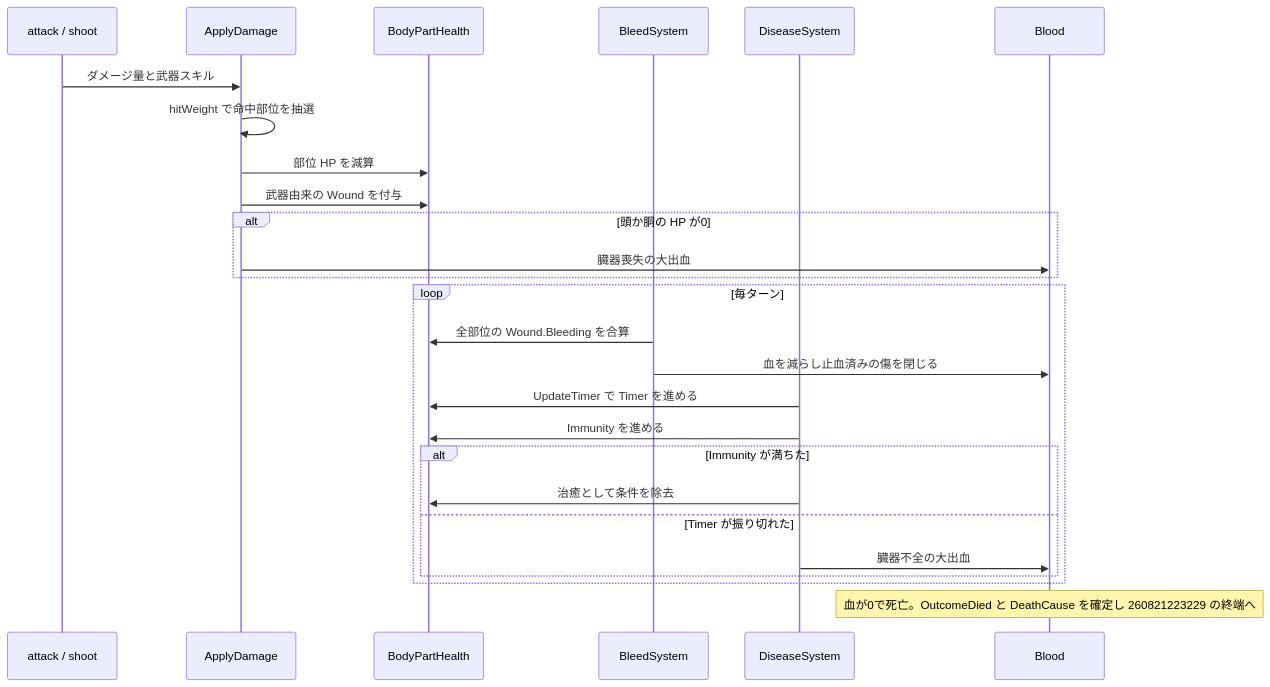
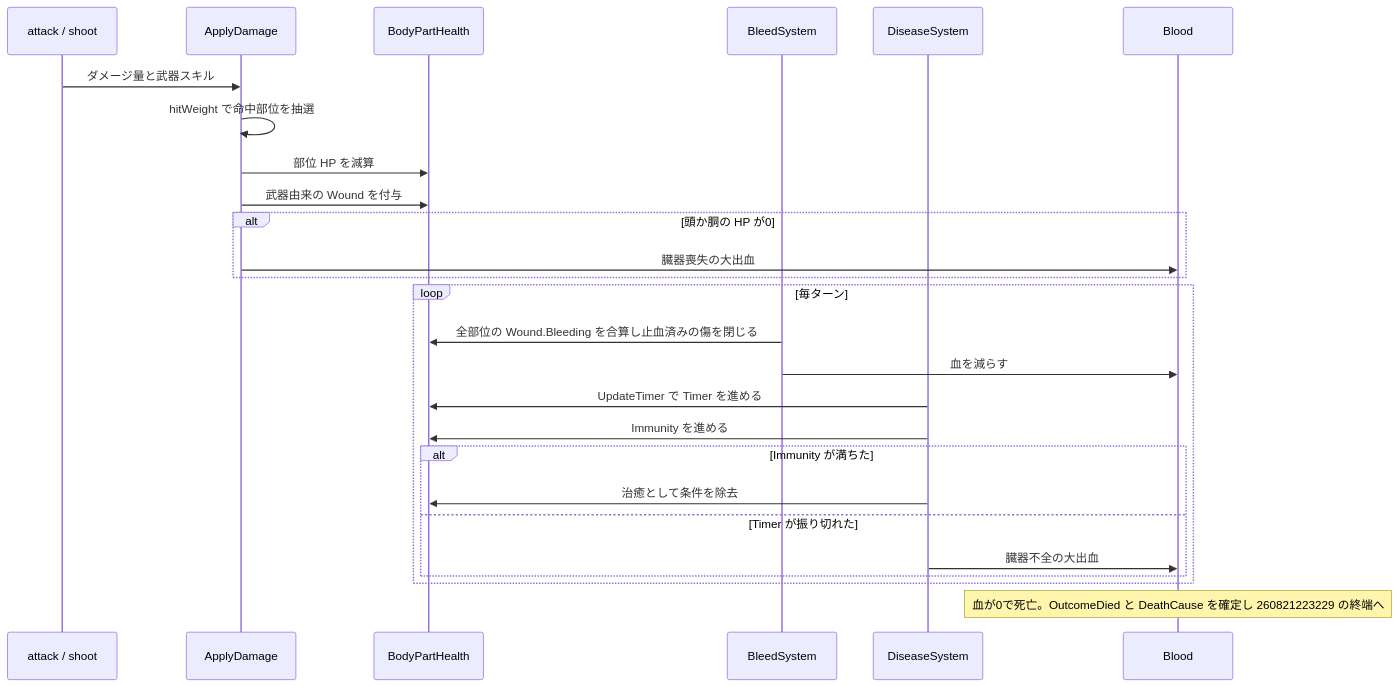
One commit to kijimad/ruins changed the second of 2 diagrams in docs/design/260821232324.md. Above: the diagram before and after it, drawn with Mermaid. The commit also changed other lines of this file and 2 other files, not shown here.

````diff
--- a/docs/design/260821232324.md
+++ b/docs/design/260821232324.md
@@ -115,29 +115,29 @@
 ```mermaid
 sequenceDiagram
     participant AT as attack / shoot
     participant AD as ApplyDamage
     participant BP as BodyPartHealth
     participant BS as BleedSystem
     participant DS as DiseaseSystem
     participant BL as Blood
 
     AT->>AD: ダメージ量と武器スキル
     AD->>AD: hitWeight で命中部位を抽選
     AD->>BP: 部位 HP を減算
     AD->>BP: 武器由来の Wound を付与
     alt 頭か胴の HP が0
         AD->>BL: 臓器喪失の大出血
     end
     loop 毎ターン
-        BS->>BP: 全部位の Wound.Bleeding を合算
-        BS->>BL: 血を減らし止血済みの傷を閉じる
+        BS->>BP: 全部位の Wound.Bleeding を合算し止血済みの傷を閉じる
+        BS->>BL: 血を減らす
         DS->>BP: UpdateTimer で Timer を進める
         DS->>BP: Immunity を進める
         alt Immunity が満ちた
             DS->>BP: 治癒として条件を除去
         else Timer が振り切れた
             DS->>BL: 臓器不全の大出血
         end
     end
     Note over BL: 血が0で死亡。OutcomeDied と DeathCause を確定し 260821223229 の終端へ
 ```
````
